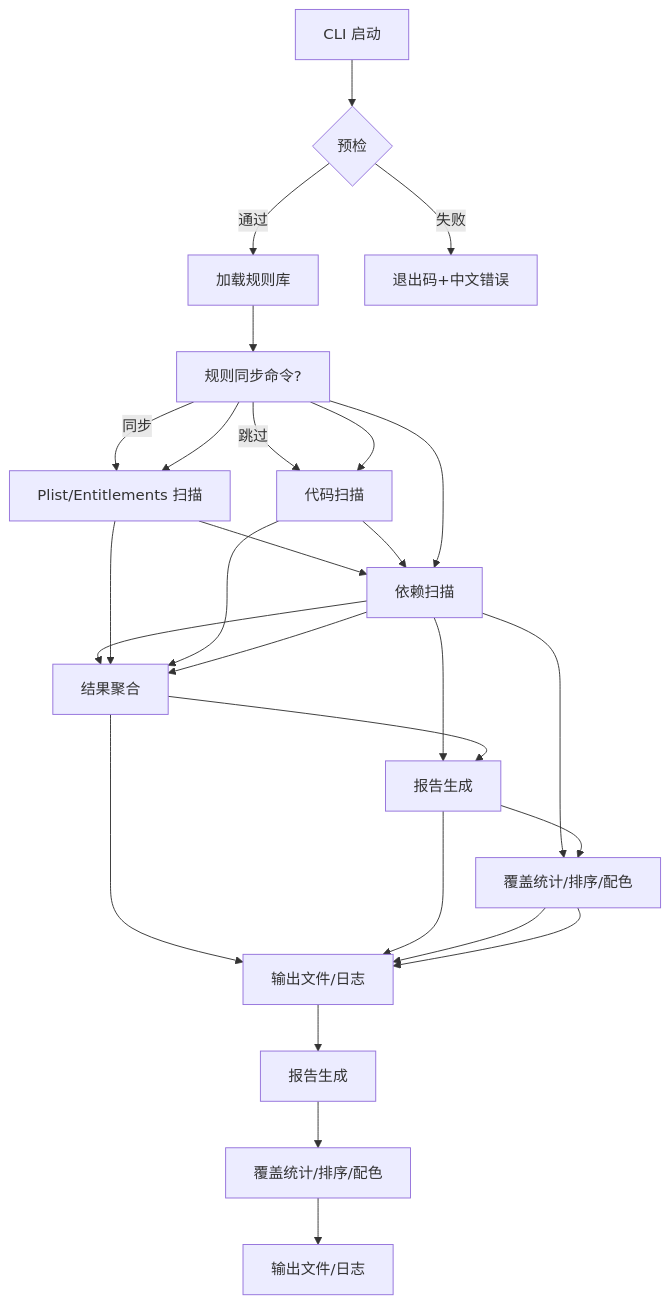
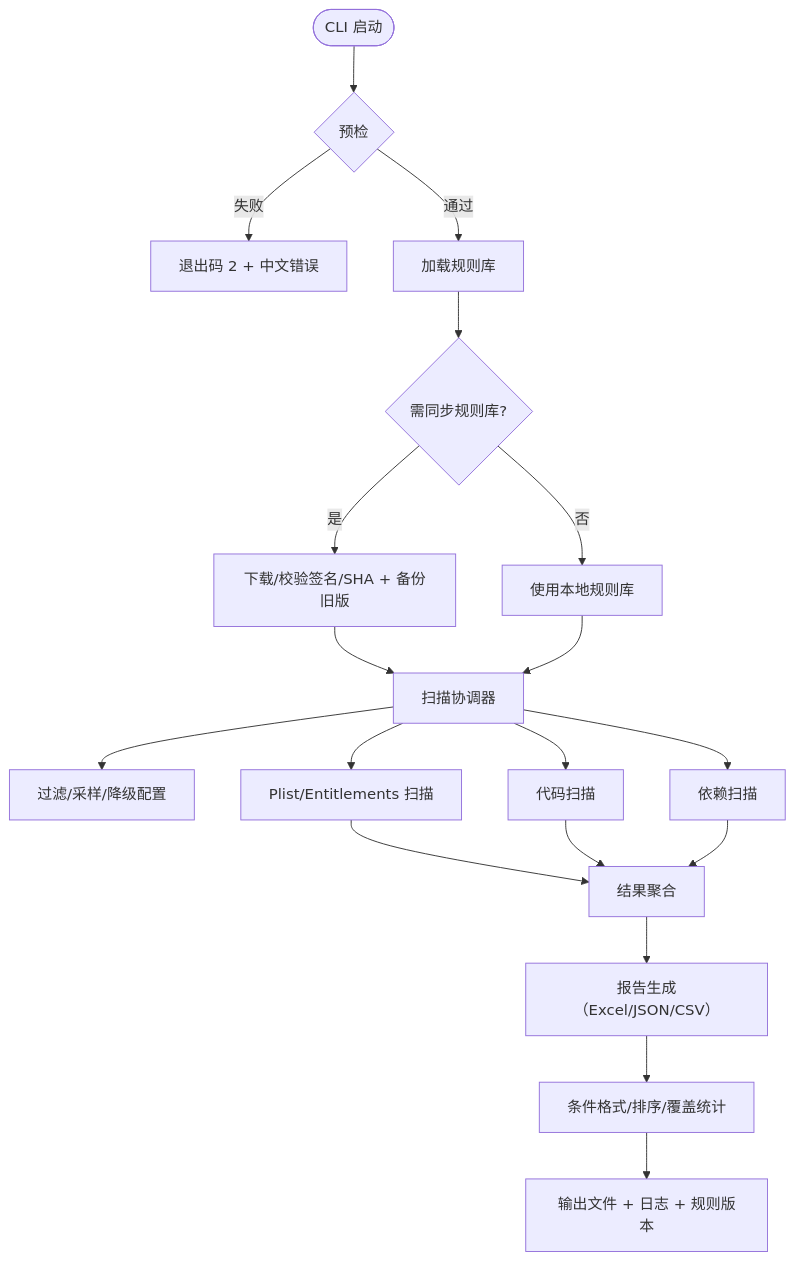
Before and after one commit to gengqifu/Rhadamanthys: the diagram in .ai/architecture/ios-appstore-compliance-arch.md, drawn with Mermaid. The commit also changed other lines of this file, not shown here.

Commit message:
重绘iOS合规流程图修复Mermaid

````diff
--- a/.ai/architecture/ios-appstore-compliance-arch.md
+++ b/.ai/architecture/ios-appstore-compliance-arch.md
@@ -18,29 +19,21 @@
 ```mermaid
 flowchart TD
-    A[CLI 启动] --> B{预检}
-    B -->|通过| C[加载规则库]
-    B -->|失败| Z[退出码+中文错误]
-    C --> D[规则同步命令?]
-    D -->|同步| E[更新本地规则库]
-    D -->|跳过| F[保持本地规则库]
-    E --> G[扫描协调器]
-    F --> G[扫描协调器]
-    G --> H[Plist/Entitlements 扫描]
-    G --> I[代码扫描]
-    G --> J[依赖扫描]
-    H --> K[结果聚合]
-    I --> K
-    J --> K
-    K --> L[报告生成]
-    L --> M[覆盖统计/排序/配色]
-    M --> N[输出文件/日志]
-    D --> E[Plist/Entitlements 扫描]
-    D --> F[代码扫描]
-    D --> G[依赖扫描]
-    E --> H[结果聚合]
-    F --> H
-    G --> H
-    H --> I[报告生成]
-    I --> J[覆盖统计/排序/配色]
-    J --> K[输出文件/日志]
+    start([CLI 启动]) --> precheck{预检}
+    precheck -- 失败 --> exit2[退出码 2 + 中文错误]
+    precheck -- 通过 --> ruleLoad[加载规则库]
+    ruleLoad --> needSync{需同步规则库?}
+    needSync -- 是 --> sync[下载/校验签名/SHA + 备份旧版]
+    needSync -- 否 --> local[使用本地规则库]
+    sync --> coordinator[扫描协调器]
+    local --> coordinator
+    coordinator --> filters[过滤/采样/降级配置]
+    coordinator --> plist[Plist/Entitlements 扫描]
+    coordinator --> code[代码扫描]
+    coordinator --> deps[依赖扫描]
+    plist --> aggregate[结果聚合]
+    code --> aggregate
+    deps --> aggregate
+    aggregate --> report[报告生成（Excel/JSON/CSV）]
+    report --> format[条件格式/排序/覆盖统计]
+    format --> outputs[输出文件 + 日志 + 规则版本]
 ```
````
